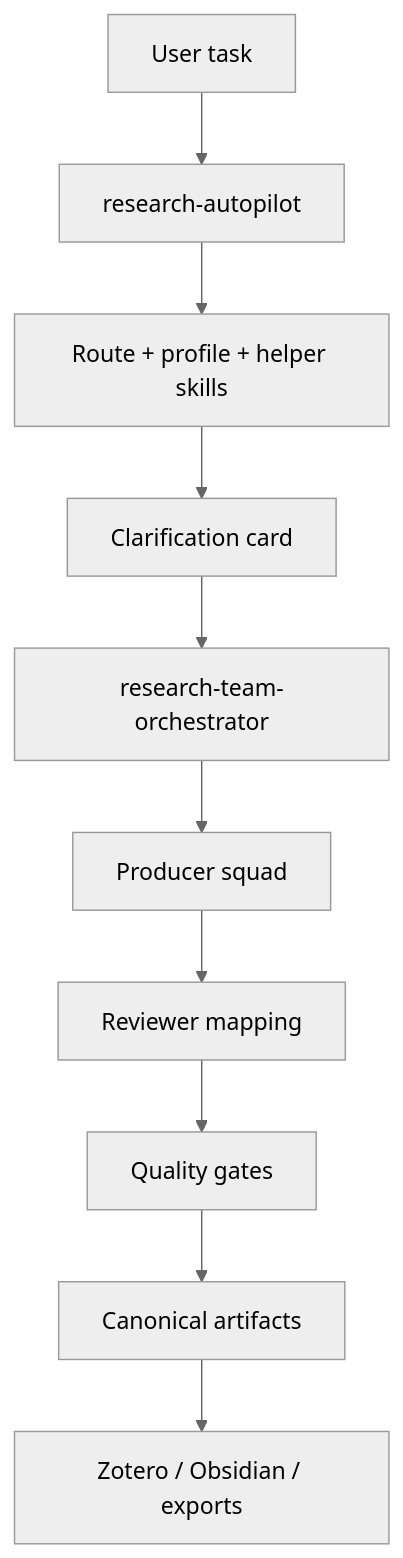
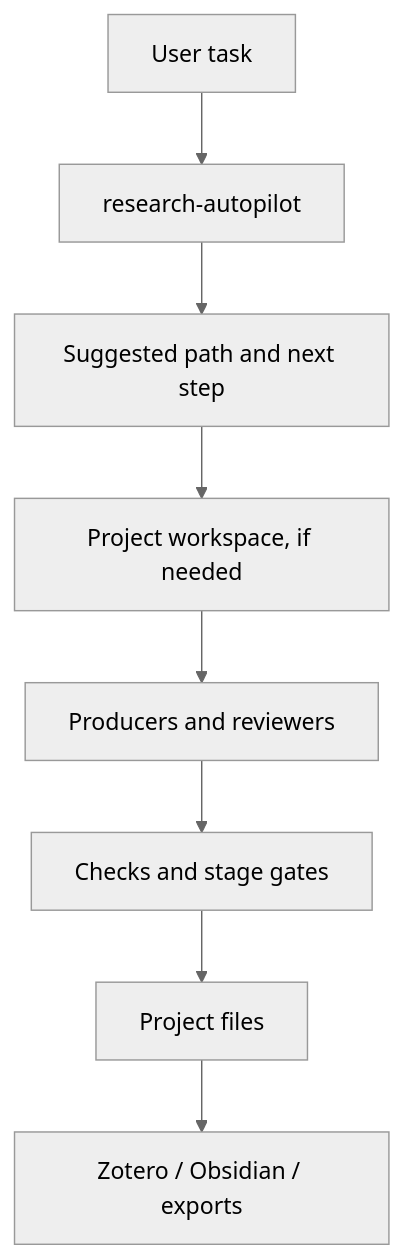
Before and after one commit to avefield509-lang/codex-research-stack: the diagram in docs/architecture.md, drawn with Mermaid (neutral theme). The commit also changed other lines of this file and 7 other files, not shown here.

````diff
--- a/docs/architecture.md
+++ b/docs/architecture.md
@@ -22,12 +90,10 @@
 ```mermaid
 flowchart TD
     A["User task"] --> B["research-autopilot"]
-    B --> C["Route + profile + helper skills"]
-    C --> D["Clarification card"]
-    D --> E["research-team-orchestrator"]
-    E --> F["Producer squad"]
-    F --> G["Reviewer mapping"]
-    G --> H["Quality gates"]
-    H --> I["Canonical artifacts"]
-    I --> J["Zotero / Obsidian / exports"]
+    B --> C["Suggested path and next step"]
+    C --> D["Project workspace, if needed"]
+    D --> E["Producers and reviewers"]
+    E --> F["Checks and stage gates"]
+    F --> G["Project files"]
+    G --> H["Zotero / Obsidian / exports"]
 ```
````
